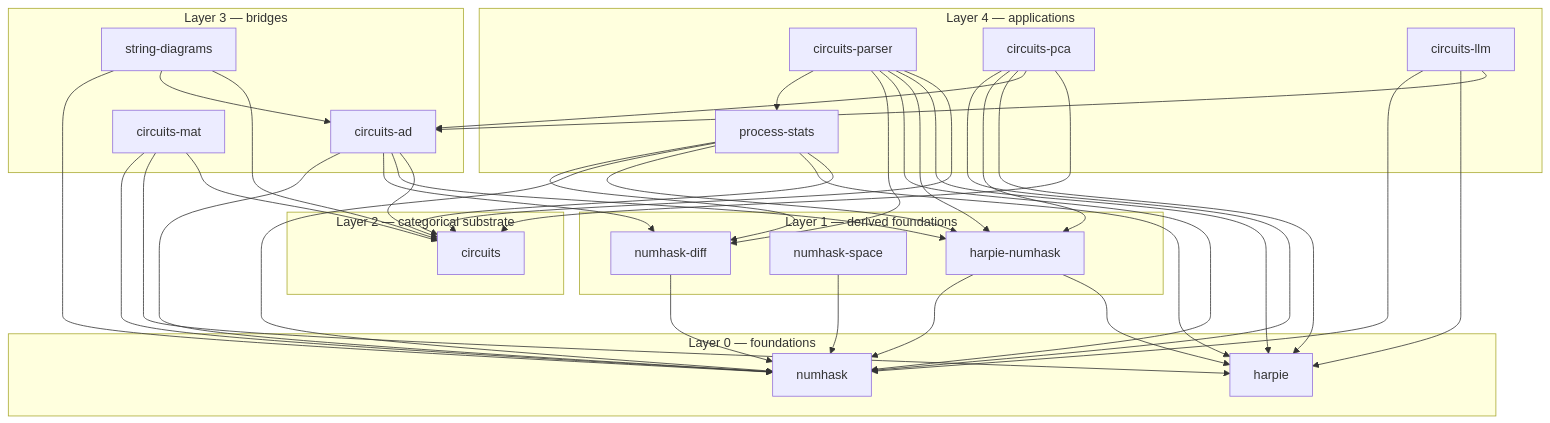
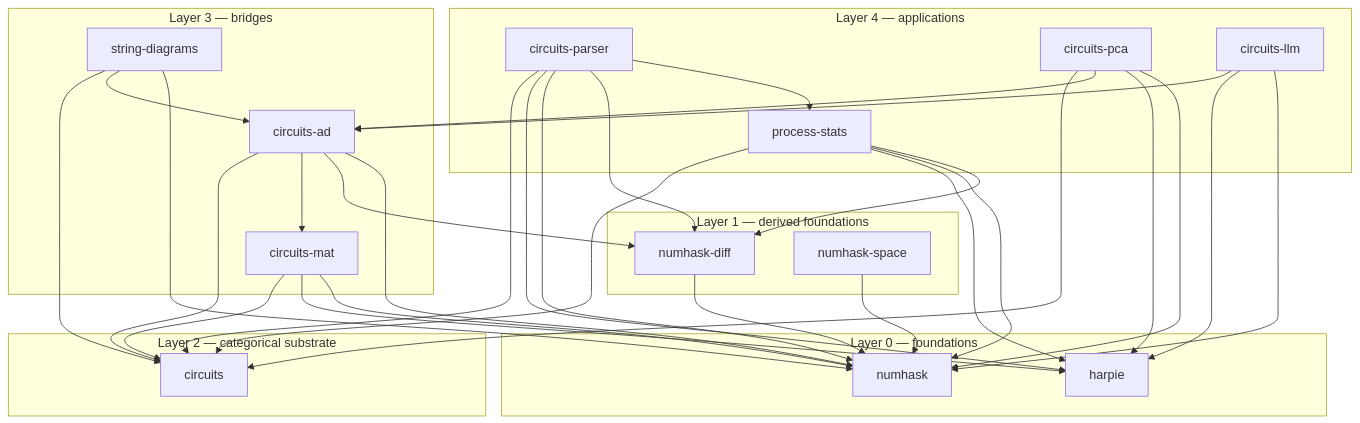
Before and after one commit to tonyday567/circuits-substrate: the diagram in readme.md, drawn with Mermaid. The commit also changed other lines of this file and 3 other files, not shown here.

Commit message:
chore: drop harpie-numhask dependency; update green-lights and readme

````diff
--- a/readme.md
+++ b/readme.md
@@ -36,71 +35,65 @@
 ```mermaid
 graph TD
     subgraph "Layer 0 — foundations"
         NH["numhask"]
         H["harpie"]
     end
 
     subgraph "Layer 1 — derived foundations"
         NHD["numhask-diff"]
         NHS["numhask-space"]
-        HN["harpie-numhask"]
     end
 
     subgraph "Layer 2 — categorical substrate"
         C["circuits"]
     end
 
     subgraph "Layer 3 — bridges"
         CAD["circuits-ad"]
         CM["circuits-mat"]
         SD["string-diagrams"]
     end
 
     subgraph "Layer 4 — applications"
         PS["process-stats"]
         CPAR["circuits-parser"]
         CPA["circuits-pca"]
         CLLM["circuits-llm"]
     end
 
     NHD --> NH
     NHS --> NH
-    HN --> H
-    HN --> NH
 
     CM --> C
     CM --> H
     CM --> NH
 
     CAD --> C
-    CAD --> HN
+    CAD --> CM
     CAD --> NHD
     CAD --> NH
 
     SD --> C
     SD --> CAD
     SD --> NH
 
     PS --> C
     PS --> H
-    PS --> HN
     PS --> NH
     PS --> NHD
 
     CPAR --> C
     CPAR --> H
-    CPAR --> HN
     CPAR --> NH
     CPAR --> NHD
     CPAR --> PS
 
     CPA --> C
     CPA --> CAD
     CPA --> H
-    CPA --> HN
     CPA --> NH
 
     CLLM --> CAD
     CLLM --> H
     CLLM --> NH
 ```
````
